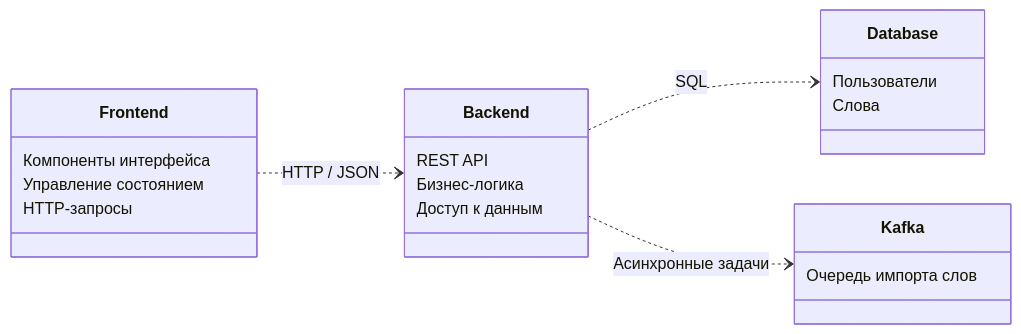
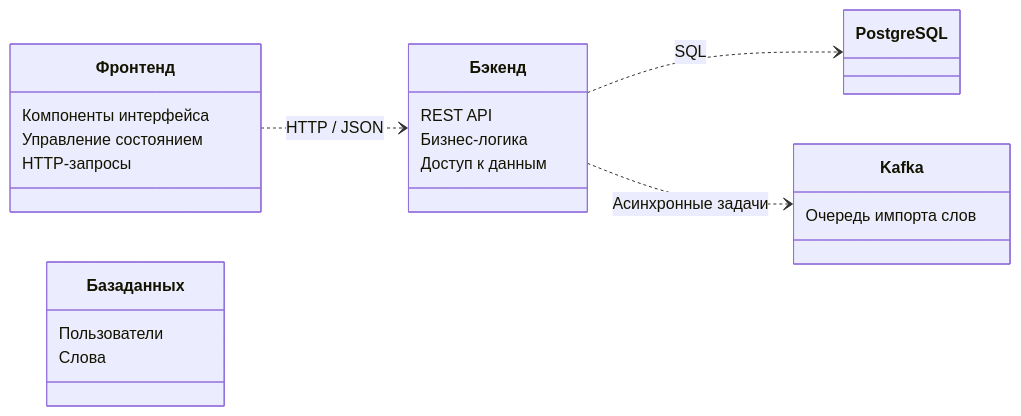
The second of 2 diagrams in README.md (MindlessMuse666/j-dict), drawn with Mermaid before and after one commit. The commit also changed other lines of this file and 1 other file, not shown here.

Commit message:
fix(be): отправка событий Kafka и сохранение истории при создании слова | docs: корректировка readme

````diff
--- a/README.md
+++ b/README.md
@@ -85,33 +85,33 @@
 ```mermaid
 classDiagram
     direction LR
 
-    class Frontend {
+    class Фронтенд {
         Компоненты интерфейса
         Управление состоянием
         HTTP-запросы
     }
 
-    class Backend {
+    class Бэкенд {
         REST API
         Бизнес-логика
         Доступ к данным
     }
 
-    class Database {
+    class База данных {
         Пользователи
         Слова
     }
 
     class Kafka {
         Очередь импорта слов
     }
 
-    Frontend ..> Backend : HTTP / JSON
-    Backend ..> Database : SQL
-    Backend ..> Kafka : Асинхронные задачи
+    Фронтенд ..> Бэкенд : HTTP / JSON
+    Бэкенд ..> PostgreSQL : SQL
+    Бэкенд ..> Kafka : Асинхронные задачи
 
     classDef frontend fill:#E3F2FD,stroke:#1E88E5,stroke-width:2px
     classDef backend fill:#E8F5E9,stroke:#43A047,stroke-width:2px
     classDef infra fill:#FFFDE7,stroke:#F9A825,stroke-width:2px
 ```
````
